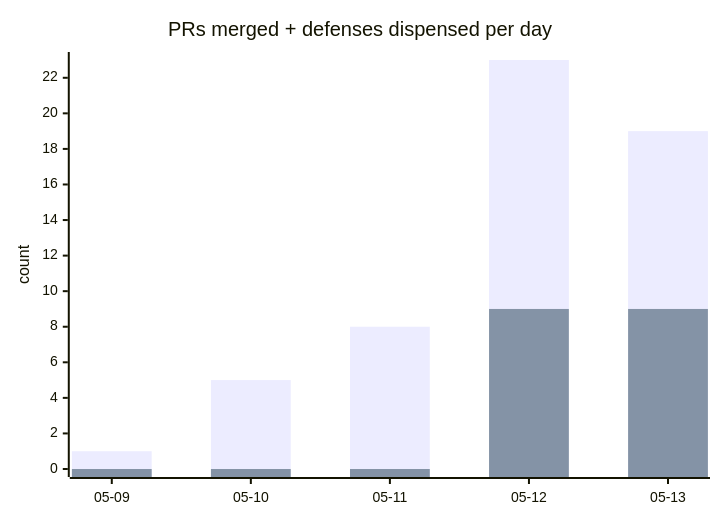
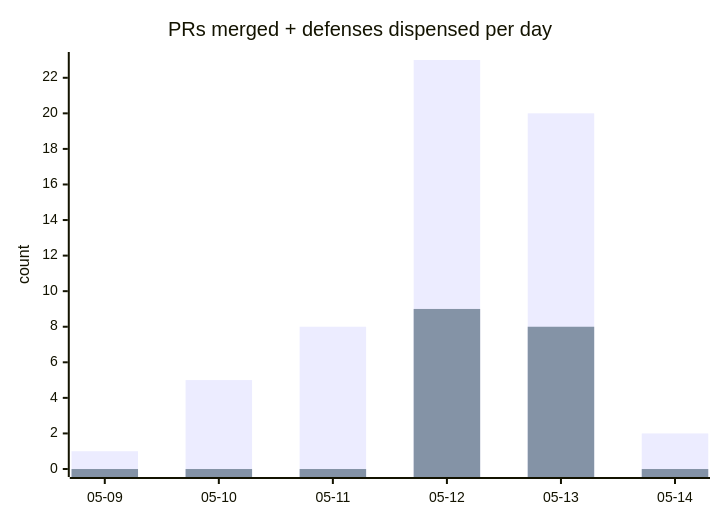
Before and after one commit to kimjune01/kimjune01: the second of 3 diagrams in README.md, drawn with Mermaid. The commit also changed other lines of this file, not shown here.

````diff
--- a/README.md
+++ b/README.md
@@ -17,8 +17,8 @@
 ```mermaid
 xychart-beta
     title "PRs merged + defenses dispensed per day"
-    x-axis ["05-09", "05-10", "05-11", "05-12", "05-13"]
+    x-axis ["05-09", "05-10", "05-11", "05-12", "05-13", "05-14"]
     y-axis "count"
-    bar [1, 5, 8, 23, 19]
-    bar [0, 0, 0, 9, 9]
+    bar [1, 5, 8, 23, 20, 2]
+    bar [0, 0, 0, 9, 8, 0]
 ```
````
